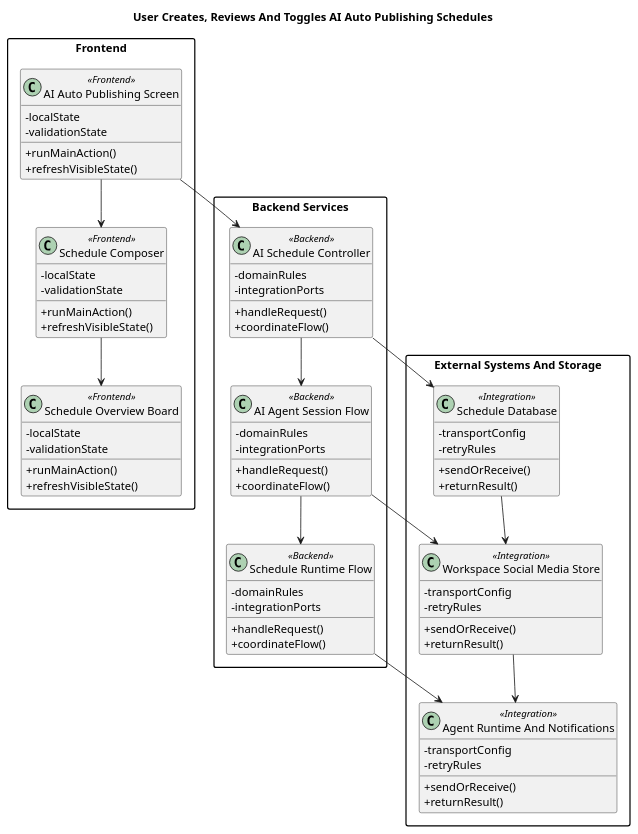
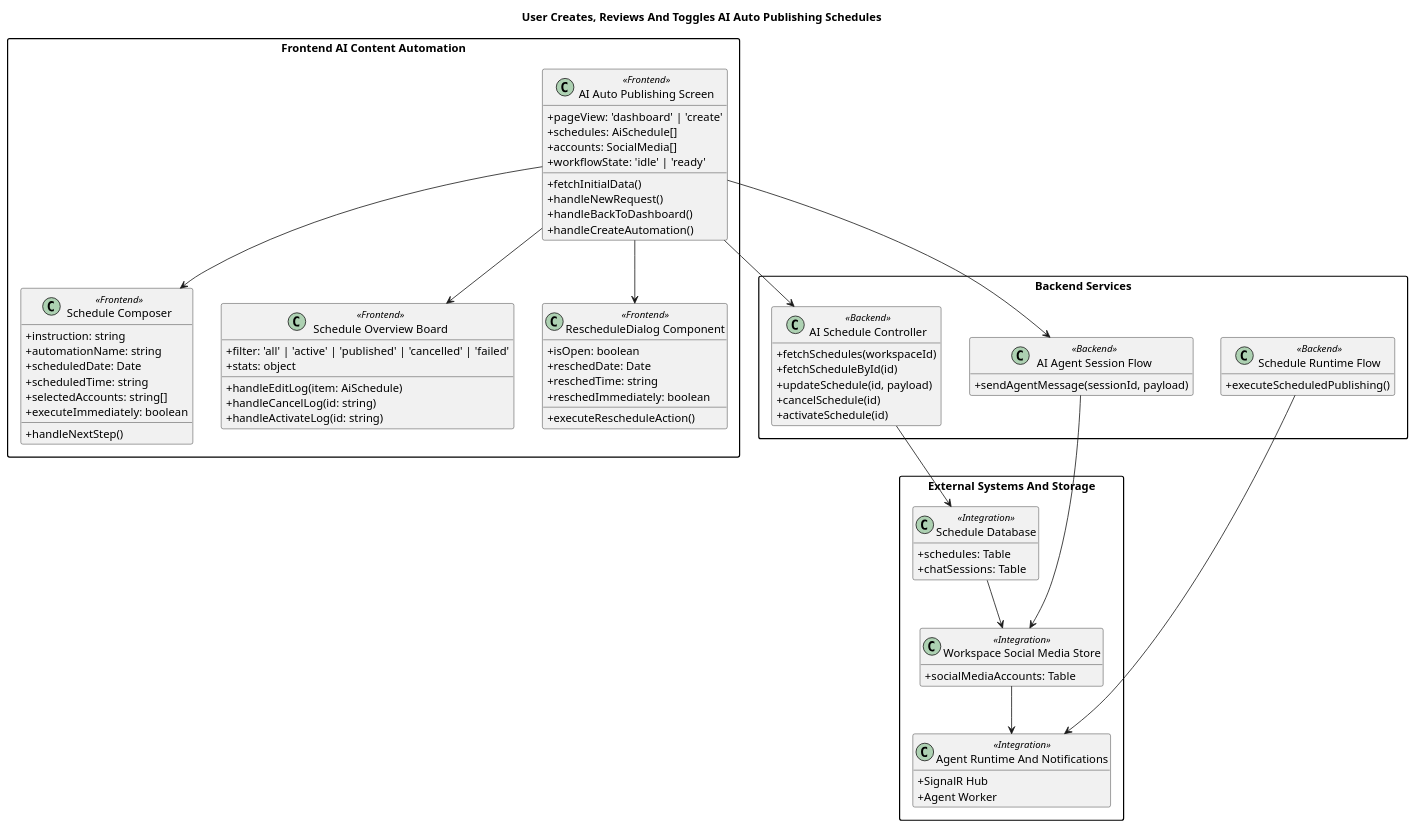
One commit to VKev/MeAI-BE changed the first of 2 diagrams in plantuml/features/meai-user-manages-ai-content-automation-schedules.puml. Above: the diagram before and after it, drawn with PlantUML. The commit also changed other lines of this file and 8 other files, not shown here.

```diff
--- a/plantuml/features/meai-user-manages-ai-content-automation-schedules.puml
+++ b/plantuml/features/meai-user-manages-ai-content-automation-schedules.puml
@@ -1,77 +1,80 @@
 @startuml
 title User Creates, Reviews And Toggles AI Auto Publishing Schedules
 skinparam shadowing false
 skinparam classAttributeIconSize 0
 skinparam packageStyle rectangle
 hide empty members
-package "Frontend" {
+package "Frontend AI Content Automation" {
 class "AI Auto Publishing Screen" as FE1 <<Frontend>> {
-  +runMainAction()
-  +refreshVisibleState()
-  -localState
-  -validationState
+  +pageView: 'dashboard' | 'create'
+  +schedules: AiSchedule[]
+  +accounts: SocialMedia[]
+  +workflowState: 'idle' | 'ready'
+  +fetchInitialData()
+  +handleNewRequest()
+  +handleBackToDashboard()
+  +handleCreateAutomation()
 }
 class "Schedule Composer" as FE2 <<Frontend>> {
-  +runMainAction()
-  +refreshVisibleState()
-  -localState
-  -validationState
+  +instruction: string
+  +automationName: string
+  +scheduledDate: Date
+  +scheduledTime: string
+  +selectedAccounts: string[]
+  +executeImmediately: boolean
+  +handleNextStep()
 }
 class "Schedule Overview Board" as FE3 <<Frontend>> {
-  +runMainAction()
-  +refreshVisibleState()
-  -localState
-  -validationState
+  +filter: 'all' | 'active' | 'published' | 'cancelled' | 'failed'
+  +stats: object
+  +handleEditLog(item: AiSchedule)
+  +handleCancelLog(id: string)
+  +handleActivateLog(id: string)
+}
+class "RescheduleDialog Component" as FE4 <<Frontend>> {
+  +isOpen: boolean
+  +reschedDate: Date
+  +reschedTime: string
+  +reschedImmediately: boolean
+  +executeRescheduleAction()
 }
 }
 package "Backend Services" {
 class "AI Schedule Controller" as BE1 <<Backend>> {
-  +handleRequest()
-  +coordinateFlow()
-  -domainRules
-  -integrationPorts
+  +fetchSchedules(workspaceId)
+  +fetchScheduleById(id)
+  +updateSchedule(id, payload)
+  +cancelSchedule(id)
+  +activateSchedule(id)
 }
 class "AI Agent Session Flow" as BE2 <<Backend>> {
-  +handleRequest()
-  +coordinateFlow()
-  -domainRules
-  -integrationPorts
+  +sendAgentMessage(sessionId, payload)
 }
 class "Schedule Runtime Flow" as BE3 <<Backend>> {
-  +handleRequest()
-  +coordinateFlow()
-  -domainRules
-  -integrationPorts
+  +executeScheduledPublishing()
 }
 }
 package "External Systems And Storage" {
 class "Schedule Database" as INT1 <<Integration>> {
-  +sendOrReceive()
-  +returnResult()
-  -transportConfig
-  -retryRules
+  +schedules: Table
+  +chatSessions: Table
 }
 class "Workspace Social Media Store" as INT2 <<Integration>> {
-  +sendOrReceive()
-  +returnResult()
-  -transportConfig
-  -retryRules
+  +socialMediaAccounts: Table
 }
 class "Agent Runtime And Notifications" as INT3 <<Integration>> {
-  +sendOrReceive()
-  +returnResult()
-  -transportConfig
-  -retryRules
+  +SignalR Hub
+  +Agent Worker
 }
 }
 FE1 --> FE2
-FE2 --> FE3
+FE1 --> FE3
+FE1 --> FE4
 FE1 --> BE1
-BE1 --> BE2
-BE2 --> BE3
+FE1 --> BE2
 BE1 --> INT1
 BE2 --> INT2
 BE3 --> INT3
 INT1 --> INT2
 INT2 --> INT3
 @enduml
```
